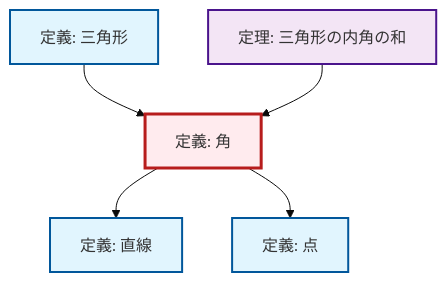
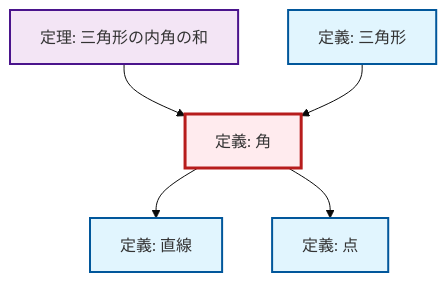
One commit to RK0429/ModernMath changed the diagram in content/ja/geometry/def-angle.qmd. Above: the diagram before and after it, drawn with Mermaid (base theme). The commit also changed other lines of this file and 1012 other files, not shown here.

````diff
--- a/content/ja/geometry/def-angle.qmd
+++ b/content/ja/geometry/def-angle.qmd
@@ -50,23 +50,23 @@
 ```{mermaid}
 %%| fig-cap: "Local dependency graph"
 graph TD
     classDef definition fill:#e1f5fe,stroke:#01579b,stroke-width:2px
     classDef theorem fill:#f3e5f5,stroke:#4a148c,stroke-width:2px
     classDef axiom fill:#fff3e0,stroke:#e65100,stroke-width:2px
     classDef example fill:#e8f5e9,stroke:#1b5e20,stroke-width:2px
     classDef current fill:#ffebee,stroke:#b71c1c,stroke-width:3px
-    def-line["定義: 直線"]:::definition
     def-triangle["定義: 三角形"]:::definition
-    def-point["定義: 点"]:::definition
     def-angle["定義: 角"]:::definition
     thm-angle-sum-triangle["定理: 三角形の内角の和"]:::theorem
+    def-line["定義: 直線"]:::definition
+    def-point["定義: 点"]:::definition
+    thm-angle-sum-triangle --> def-angle
     def-angle --> def-line
     def-triangle --> def-angle
-    thm-angle-sum-triangle --> def-angle
     def-angle --> def-point
     class def-angle current
+    click def-triangle "def-triangle.html" "三角形の定義へ"
+    click thm-angle-sum-triangle "thm-angle-sum-triangle.html" "三角形の内角の和の定理へ"
     click def-line "def-line.html" "直線の定義へ"
-    click def-triangle "def-triangle.html" "三角形の定義へ"
     click def-point "def-point.html" "点の定義へ"
-    click thm-angle-sum-triangle "thm-angle-sum-triangle.html" "三角形の内角の和の定理へ"
 ```
````
